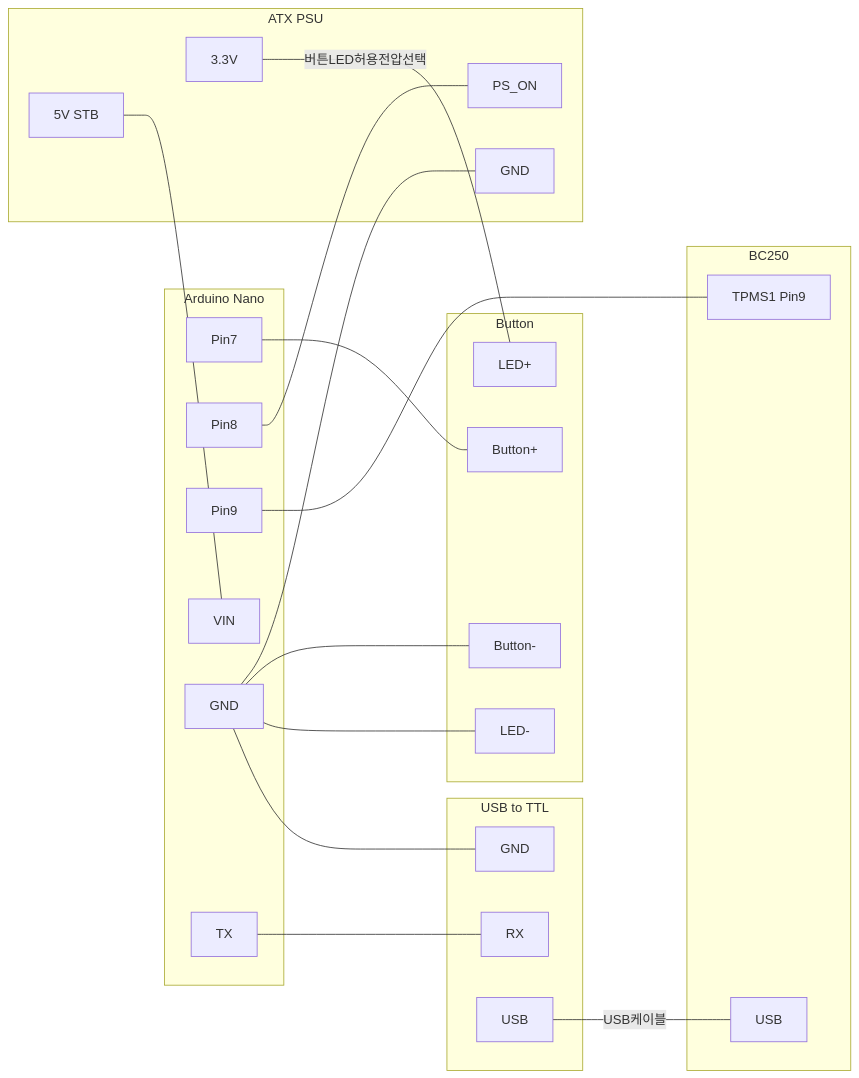
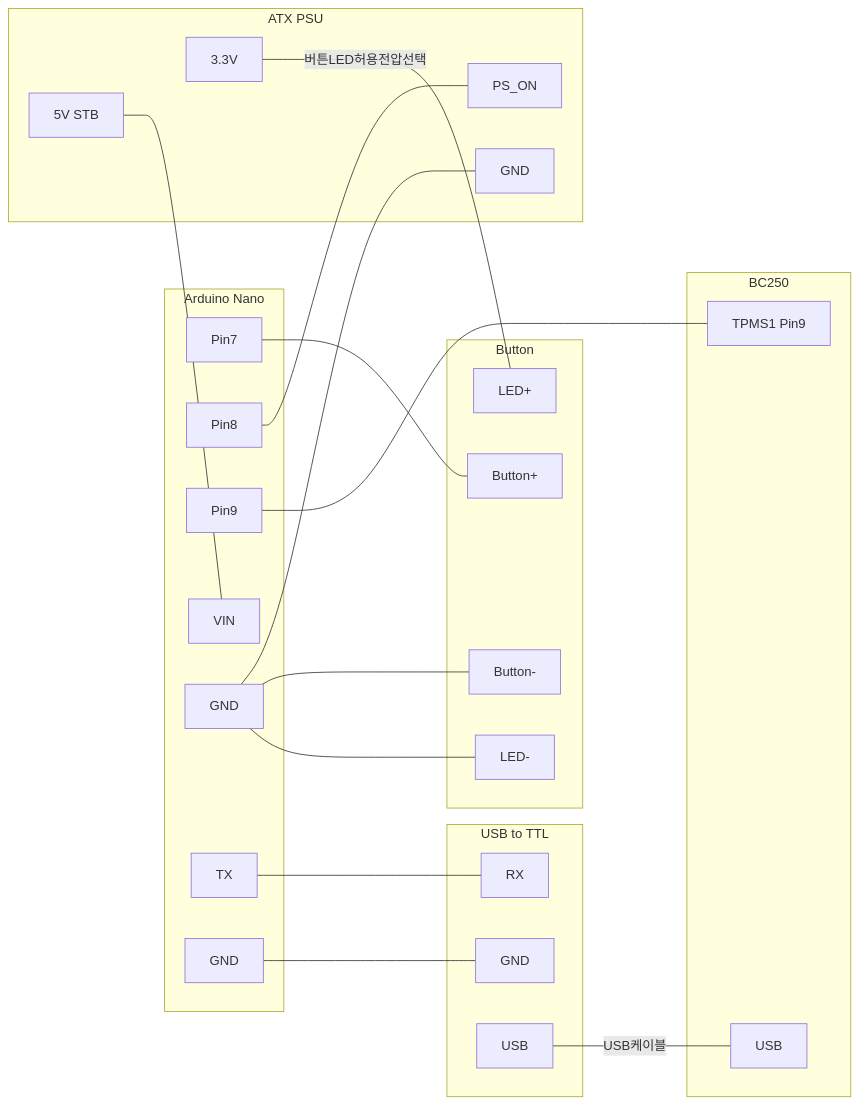
One commit to coolsolgit/BC250-ATX-PSU-Control changed the second of 2 diagrams in README.md. Above: the diagram before and after it, drawn with Mermaid.

````diff
--- a/README.md
+++ b/README.md
@@ -55,43 +55,44 @@
 ```mermaid
 flowchart LR
   subgraph Arduino Nano
     P7[Pin7]
     P8[Pin8]
     P9[Pin9]
     VIN[VIN]
     AGND[GND]
     TX[TX]
+    ATGND[GND]
   end
   subgraph USB to TTL
     RX[RX]
     UGND[GND]
     UUSB[USB]
   end
   subgraph ATX PSU
     5V[5V STB]
     3.3V[3.3V]
     PS_ON[PS_ON]
     PGND[GND]
   end
   subgraph Button
     BTN1[Button+]
     BTN2[Button-]
     LED1[LED+]
     LED2[LED-]
   end
   subgraph BC250
     TPMS[TPMS1 Pin9]
     BUSB[USB]
   end
   UUSB ---|USB케이블| BUSB
   TX --- RX
 P7 --- BTN1
 P8 --- PS_ON
 P9 --- TPMS
 AGND --- PGND
 AGND --- BTN2
 AGND --- LED2
-AGND --- UGND
+ATGND --- UGND
 3.3V ---|버튼LED허용전압선택| LED1
 5V --- VIN
 ```
````
